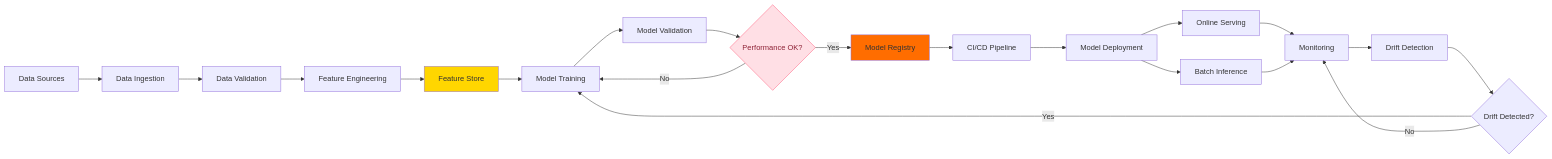
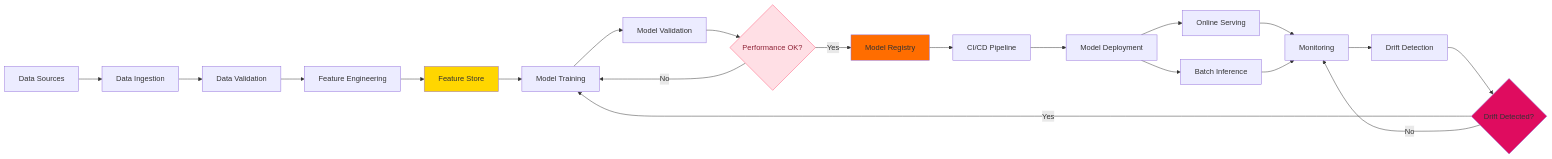
One commit to akshatha1710/github-mermaid-demo changed the diagram in docs/mlops-process.mmd. Above: the diagram before and after it, drawn with Mermaid.

Commit message:
Add style for class P in MLOps process diagram

```diff
--- a/docs/mlops-process.mmd
+++ b/docs/mlops-process.mmd
@@ -1,28 +1,29 @@
 ---
 config:
   layout: fixed
 ---
 flowchart LR
     A["Data Sources"] --> B["Data Ingestion"]
     B --> C["Data Validation"]
     C --> D["Feature Engineering"]
     D --> E["Feature Store"]
     E --> F["Model Training"]
     F --> G["Model Validation"]
     G --> H{"Performance OK?"}
     H -- Yes --> I["Model Registry"]
     H -- No --> F
     I --> J["CI/CD Pipeline"]
     J --> K["Model Deployment"]
     K --> L["Online Serving"] & M["Batch Inference"]
     L --> N["Monitoring"]
     M --> N
     N --> O["Drift Detection"]
     O --> P{"Drift Detected?"}
     P -- Yes --> F
     P -- No --> N
 
      H:::Rose
     classDef Rose stroke-width:1px, stroke-dasharray:none, stroke:#FF5978, fill:#FFDFE5, color:#8E2236
     style E fill:#FFD600
     style I fill:#FF6D00
+    style P fill:#DF0C5F
```
